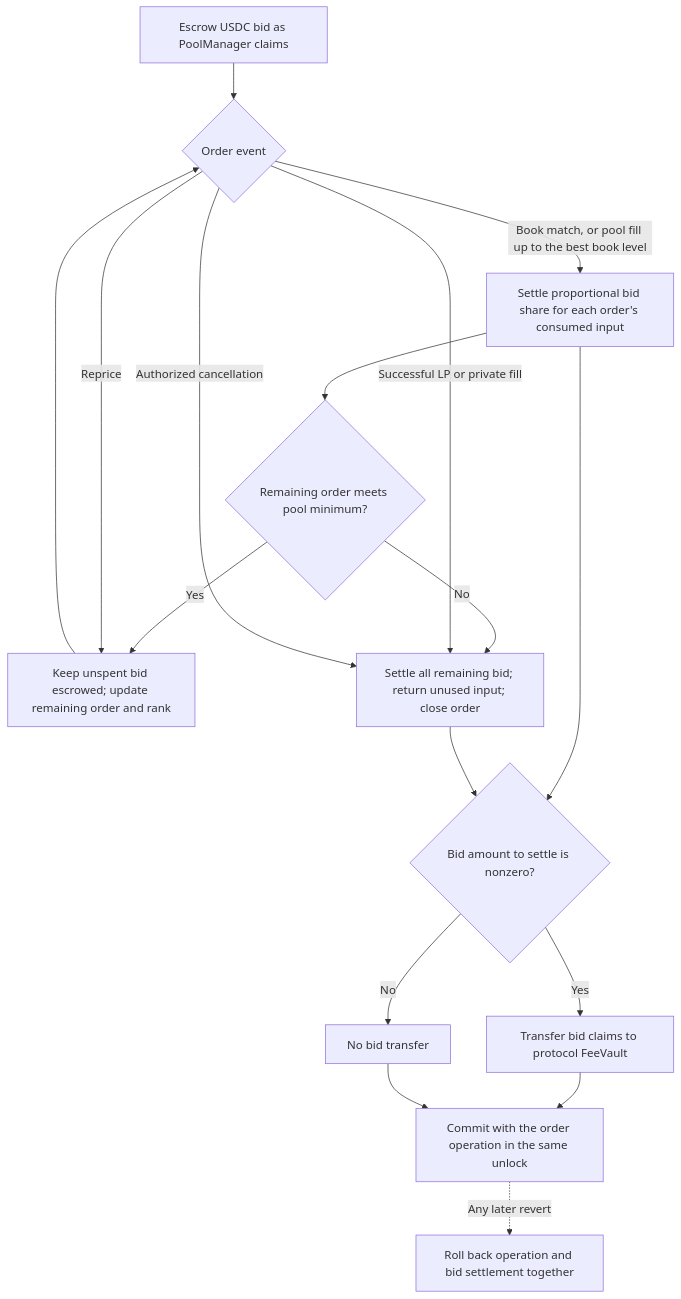
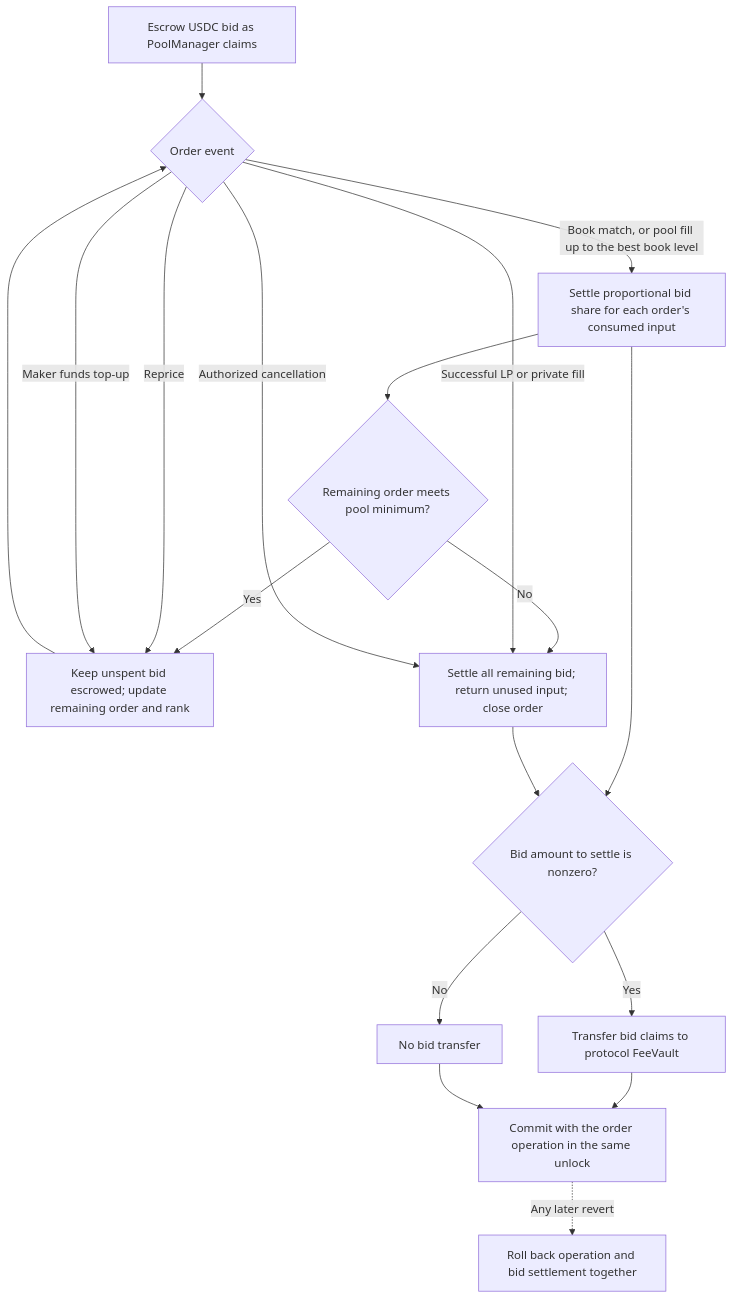
One commit to asyncswap/contracts changed the second of 2 diagrams in docs/order-lifecycle.md. Above: the diagram before and after it, drawn with Mermaid. The commit also changed other lines of this file and 22 other files, not shown here.

Commit message:
Add funded maker priority fee top-ups

````diff
--- a/docs/order-lifecycle.md
+++ b/docs/order-lifecycle.md
@@ -49,19 +59,20 @@
 ```mermaid
 flowchart TD
     A["Escrow USDC bid as PoolManager claims"] --> B{"Order event"}
     B -- "Book match, or pool fill up to the best book level" --> C["Settle proportional bid share for each order's consumed input"]
     C --> D{"Remaining order meets pool minimum?"}
     D -- "Yes" --> E["Keep unspent bid escrowed; update remaining order and rank"]
     E --> B
     D -- "No" --> F["Settle all remaining bid; return unused input; close order"]
     B -- "Successful LP or private fill" --> F
     B -- "Authorized cancellation" --> F
     B -- "Reprice" --> E
+    B -- "Maker funds top-up" --> E
     C --> G{"Bid amount to settle is nonzero?"}
     F --> G
     G -- "No" --> H["No bid transfer"]
     G -- "Yes" --> K["Transfer bid claims to protocol FeeVault"]
     K --> L["Commit with the order operation in the same unlock"]
     H --> L
     L -. "Any later revert" .-> M["Roll back operation and bid settlement together"]
 ```
````
